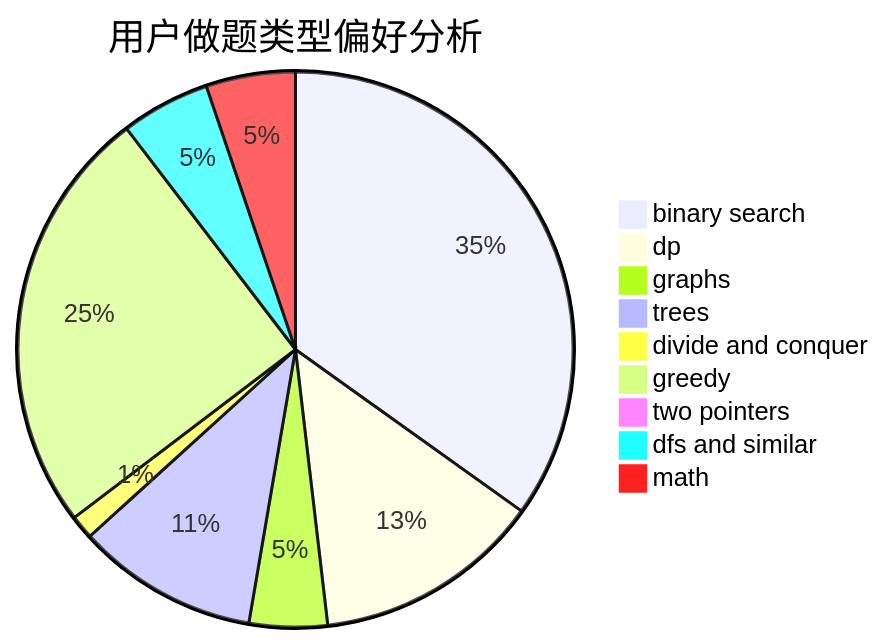
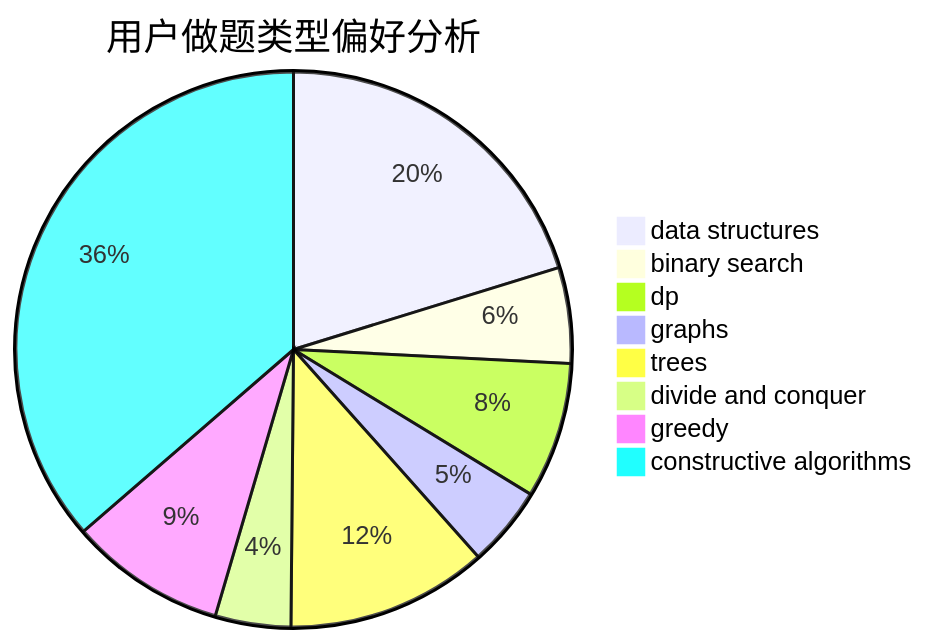
Before and after one commit to sherpahu/cfrs.github.io: the second of 3 diagrams in docs/user/u1907.md, drawn with Mermaid. The commit also changed other lines of this file and 2775 other files, not shown here.

````diff
--- a/docs/user/u1907.md
+++ b/docs/user/u1907.md
@@ -23,12 +23,11 @@
 ```mermaid
 pie title 用户做题类型偏好分析
-    "binary search" :  376
-    "dp" :  143
-    "graphs" :  49
-    "trees" :  114
+    "data structures" :  69
+    "binary search" :  19
+    "dp" :  27
+    "graphs" :  16
+    "trees" :  40
     "divide and conquer" :  15
-    "greedy" :  269
-    "two pointers" :  2
-    "dfs and similar" :  56
-    "math" :  56
+    "greedy" :  31
+    "constructive algorithms" :  124
 ```
````
